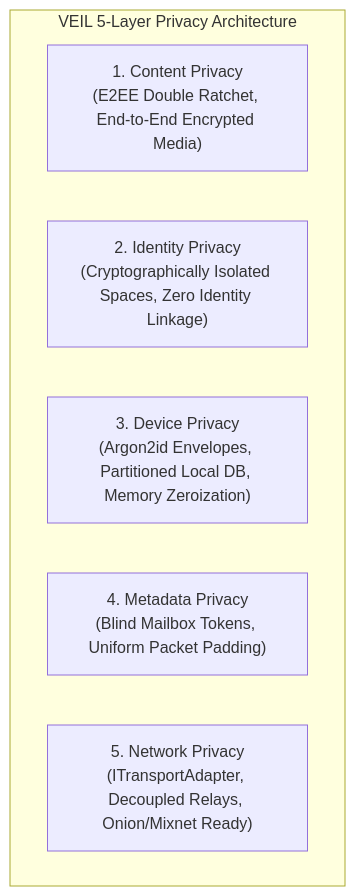
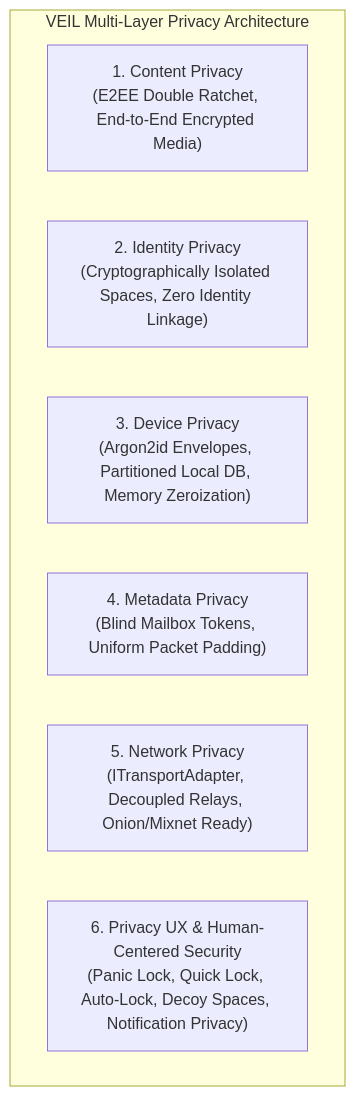
Before and after one commit to earnlets96-cmykear/veil: the diagram in docs/PRIVACY.md, drawn with Mermaid. The commit also changed other lines of this file and 28 other files, not shown here.

Commit message:
feat(phase-7): implement privacy UX, Quick Lock, Panic Lock, Auto-Lock timers, notification privacy tiers, locked-state UI purge, decoy space enforcement, and anti-theater disclosure guards (199/199 tests passing)

````diff
--- a/docs/PRIVACY.md
+++ b/docs/PRIVACY.md
@@ -9,10 +9,11 @@
 ```mermaid
 graph TD
-    subgraph PrivacyLayers["VEIL 5-Layer Privacy Architecture"]
+    subgraph PrivacyLayers["VEIL Multi-Layer Privacy Architecture"]
         L1["1. Content Privacy<br/>(E2EE Double Ratchet, End-to-End Encrypted Media)"]
         L2["2. Identity Privacy<br/>(Cryptographically Isolated Spaces, Zero Identity Linkage)"]
         L3["3. Device Privacy<br/>(Argon2id Envelopes, Partitioned Local DB, Memory Zeroization)"]
         L4["4. Metadata Privacy<br/>(Blind Mailbox Tokens, Uniform Packet Padding)"]
         L5["5. Network Privacy<br/>(ITransportAdapter, Decoupled Relays, Onion/Mixnet Ready)"]
+        L6["6. Privacy UX & Human-Centered Security<br/>(Panic Lock, Quick Lock, Auto-Lock, Decoy Spaces, Notification Privacy)"]
     end
 ```
````
